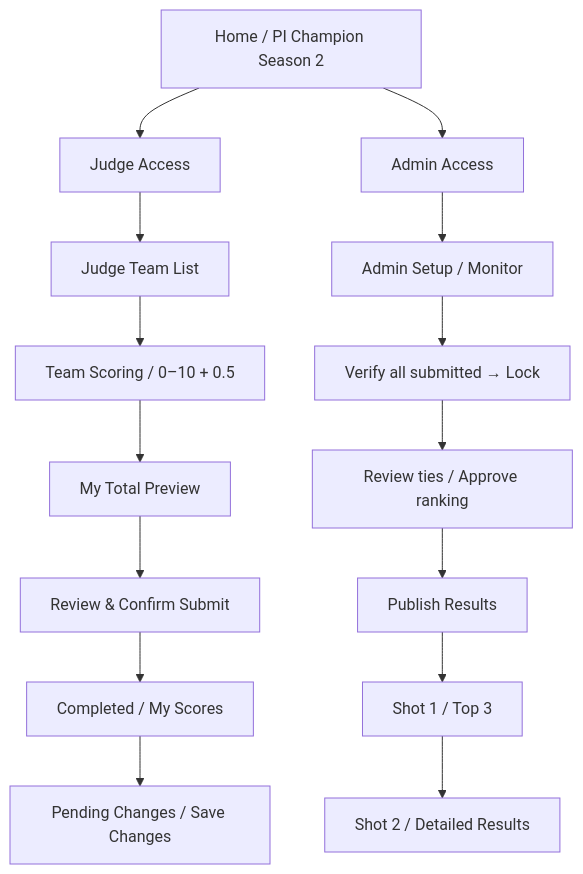
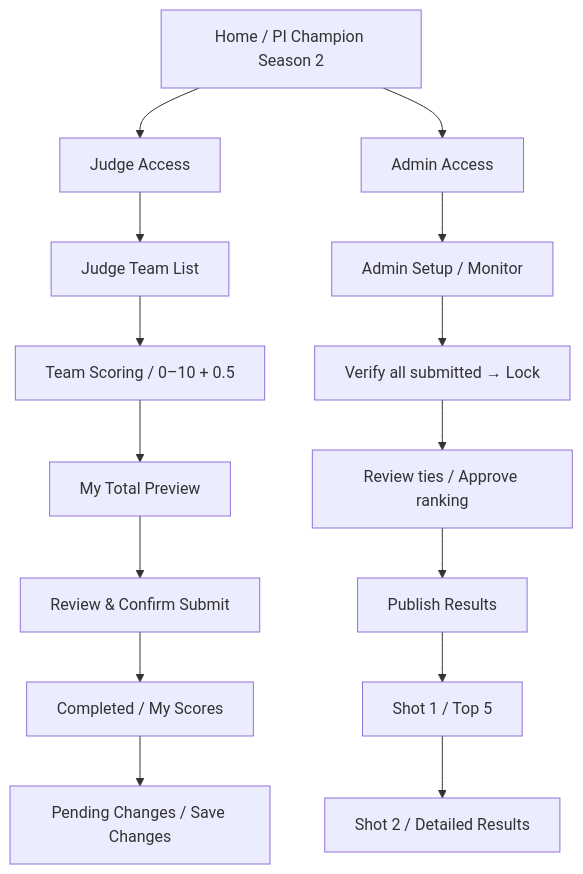
The diagram in README.md (Paopasatiht/CG-PI-Champion-SS2-Voting-Site), drawn with Mermaid before and after one commit. The commit also changed other lines of this file and 20 other files, not shown here.

````diff
--- a/README.md
+++ b/README.md
@@ -47,17 +66,17 @@
 ```mermaid
 flowchart TD
   A[Home / PI Champion Season 2] --> B[Judge Access]
   A --> C[Admin Access]
   B --> D[Judge Team List]
   D --> E[Team Scoring / 0–10 + 0.5]
   E --> F[My Total Preview]
   F --> G[Review & Confirm Submit]
   G --> H[Completed / My Scores]
   H --> I[Pending Changes / Save Changes]
   C --> J[Admin Setup / Monitor]
   J --> K[Verify all submitted → Lock]
   K --> L[Review ties / Approve ranking]
   L --> M[Publish Results]
-  M --> N[Shot 1 / Top 3]
+  M --> N[Shot 1 / Top 5]
   N --> O[Shot 2 / Detailed Results]
 ```
````
